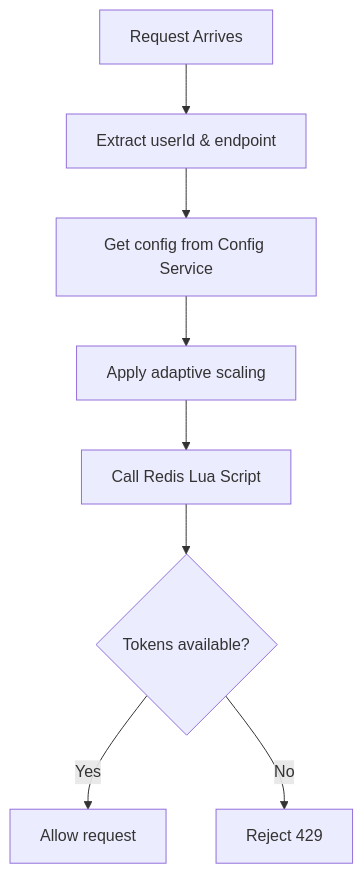
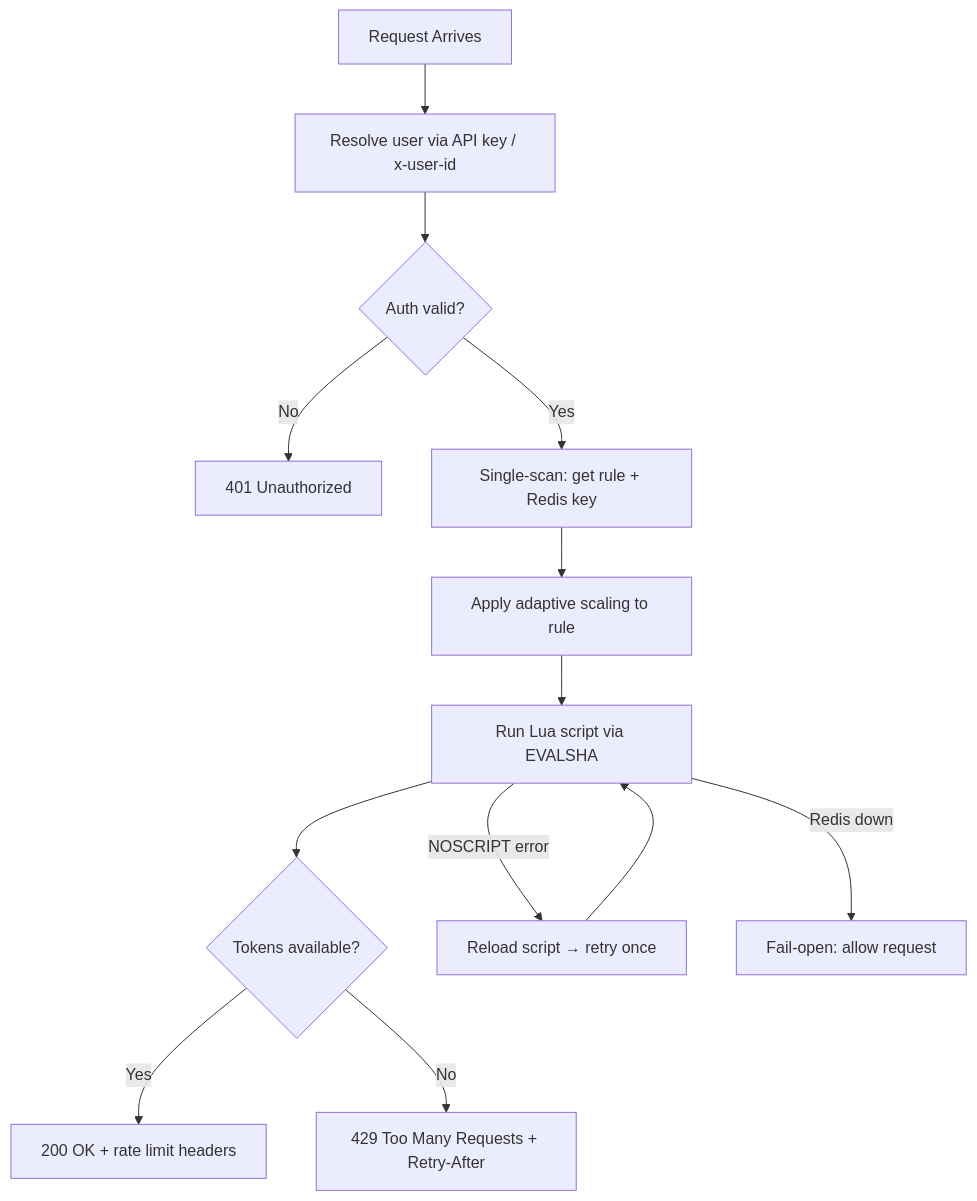
Before and after one commit to shivaiitp/Adaptive-Rate-Limiter: the second of 4 diagrams in README.md, drawn with Mermaid. The commit also changed other lines of this file and 2 other files, not shown here.

````diff
--- a/README.md
+++ b/README.md
@@ -211,10 +263,15 @@
 ```mermaid
 flowchart TD
-    A["Request Arrives"] --> B["Extract userId & endpoint"]
-    B --> C["Get config from Config Service"]
-    C --> D["Apply adaptive scaling"]
-    D --> E["Call Redis Lua Script"]
-    E --> F{"Tokens available?"}
-    F -->|Yes| G["Allow request"]
-    F -->|No| H["Reject 429"]
+    A["Request Arrives"] --> B["Resolve user via API key / x-user-id"]
+    B --> C{"Auth valid?"}
+    C -->|No| Z1["401 Unauthorized"]
+    C -->|Yes| D["Single-scan: get rule + Redis key"]
+    D --> E["Apply adaptive scaling to rule"]
+    E --> F["Run Lua script via EVALSHA"]
+    F --> G{"Tokens available?"}
+    G -->|Yes| H["200 OK + rate limit headers"]
+    G -->|No| I["429 Too Many Requests + Retry-After"]
+    F -->|NOSCRIPT error| J["Reload script → retry once"]
+    J --> F
+    F -->|Redis down| K["Fail-open: allow request"]
 ```
````
